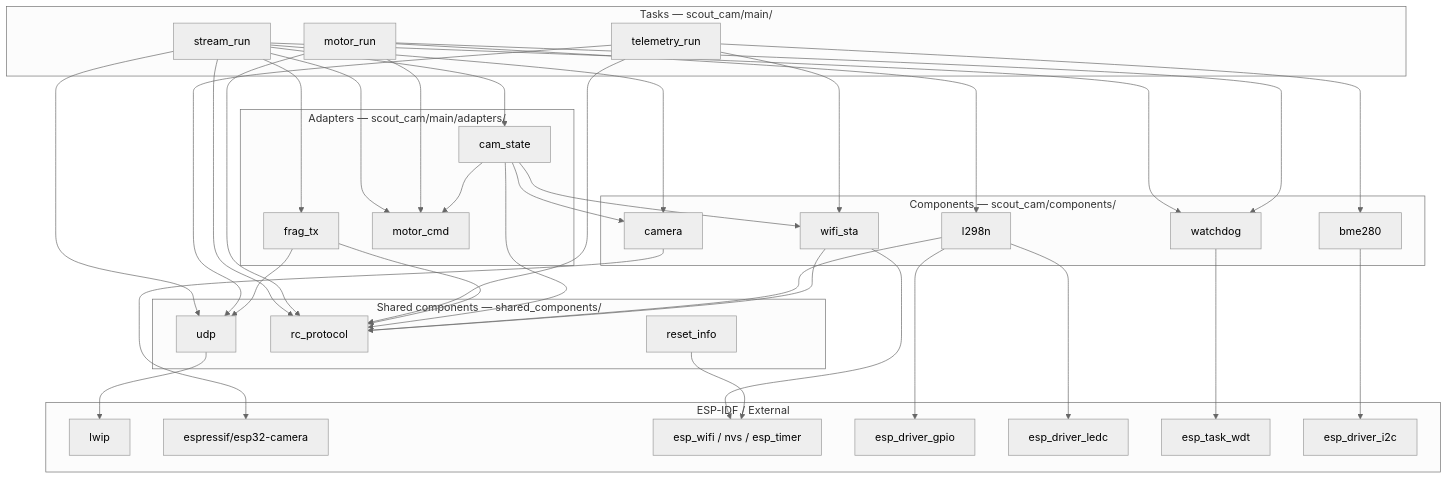
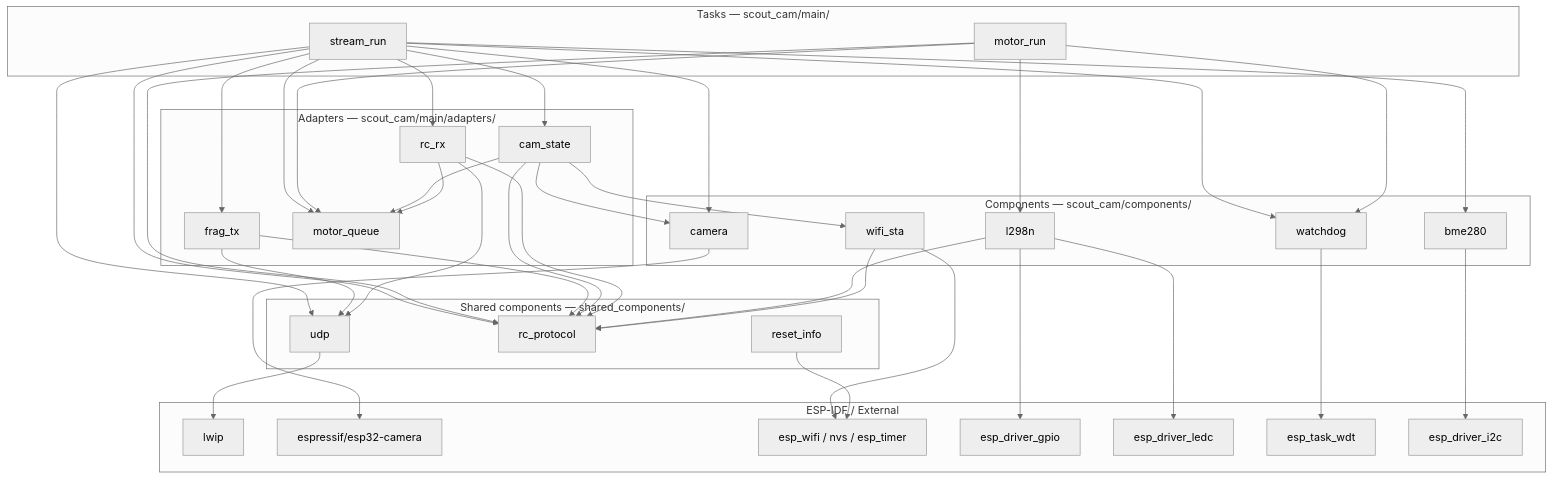
The second of 2 diagrams in docs/scout_cam_flow.md (LINTECH-CHAS-ACADEMY-SUVX25/Scout), drawn with Mermaid (neutral theme) before and after one commit. The commit also changed other lines of this file and 1 other file, not shown here.

Commit message:
updated flow charts (not double checked)

````diff
--- a/docs/scout_cam_flow.md
+++ b/docs/scout_cam_flow.md
@@ -33,52 +32,52 @@
 ```mermaid
 graph TD
     subgraph tasks["Tasks — scout_cam/main/"]
         SR["stream_run"]
         MR["motor_run"]
-        TR["telemetry_run"]
     end
 
     subgraph adapters["Adapters — scout_cam/main/adapters/"]
         FT[frag_tx]
-        MQ[motor_cmd]
+        MQ[motor_queue]
         CS[cam_state]
+        RR[rc_rx]
     end
 
     subgraph components["Components — scout_cam/components/"]
         CAM[camera]
         L298[l298n]
         WS[wifi_sta]
         WD[watchdog]
         BME[bme280]
     end
 
     subgraph shared["Shared components — shared_components/"]
         UDP[udp]
         RCP[rc_protocol]
         RI[reset_info]
     end
 
     subgraph sdk["ESP-IDF / External"]
         LWIP[lwip]
         ESP_CAM[espressif/esp32-camera]
         WIFI[esp_wifi / nvs / esp_timer]
         GPIO[esp_driver_gpio]
         LEDC[esp_driver_ledc]
         TWDT[esp_task_wdt]
         I2C[esp_driver_i2c]
     end
 
-    SR --> FT & CAM & MQ & CS & WD & UDP & RCP
+    SR --> FT & CAM & MQ & CS & RR & WD & UDP & RCP & BME
     MR --> L298 & MQ & WD & RCP
-    TR --> BME & WS & UDP & RCP
 
     FT --> UDP & RCP
     CS --> CAM & MQ & WS & RCP
+    RR --> MQ & UDP & RCP
     CAM --> ESP_CAM
     L298 --> GPIO & LEDC & RCP
     WS --> WIFI & RCP
     WD --> TWDT
     UDP --> LWIP
     BME --> I2C
     RI --> WIFI
 ```
````
